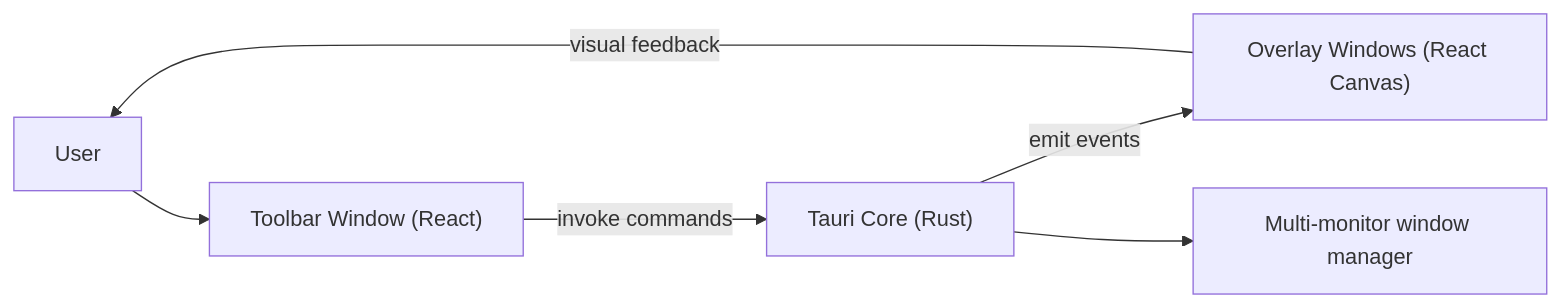
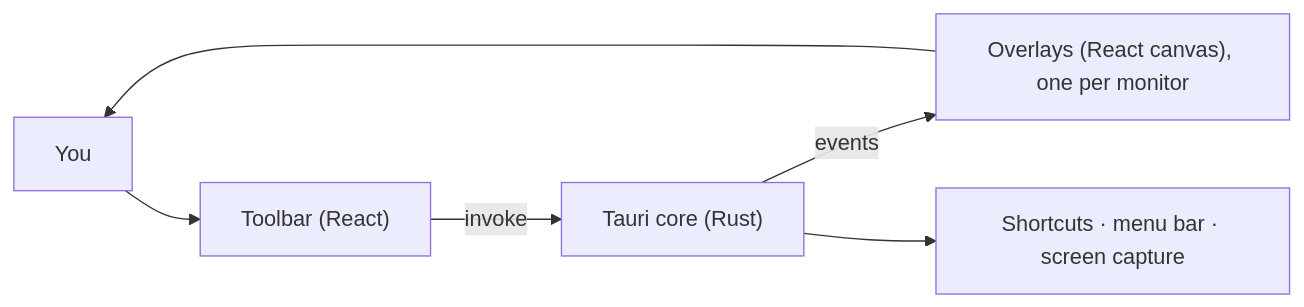
Before and after one commit to pc-gs/MIRA: the diagram in README.md, drawn with Mermaid. The commit also changed other lines of this file and 9 other files, not shown here.

````diff
--- a/README.md
+++ b/README.md
@@ -54,8 +90,8 @@
 ```mermaid
 flowchart LR
-  U["User"] --> T["Toolbar Window (React)"]
-  T -->|"invoke commands"| R["Tauri Core (Rust)"]
-  R -->|"emit events"| O["Overlay Windows (React Canvas)"]
-  O -->|"visual feedback"| U
-  R --> M["Multi-monitor window manager"]
+  U["You"] --> T["Toolbar (React)"]
+  T -->|"invoke"| R["Tauri core (Rust)"]
+  R -->|"events"| O["Overlays (React canvas), one per monitor"]
+  R --> S["Shortcuts · menu bar · screen capture"]
+  O --> U
 ```
````
